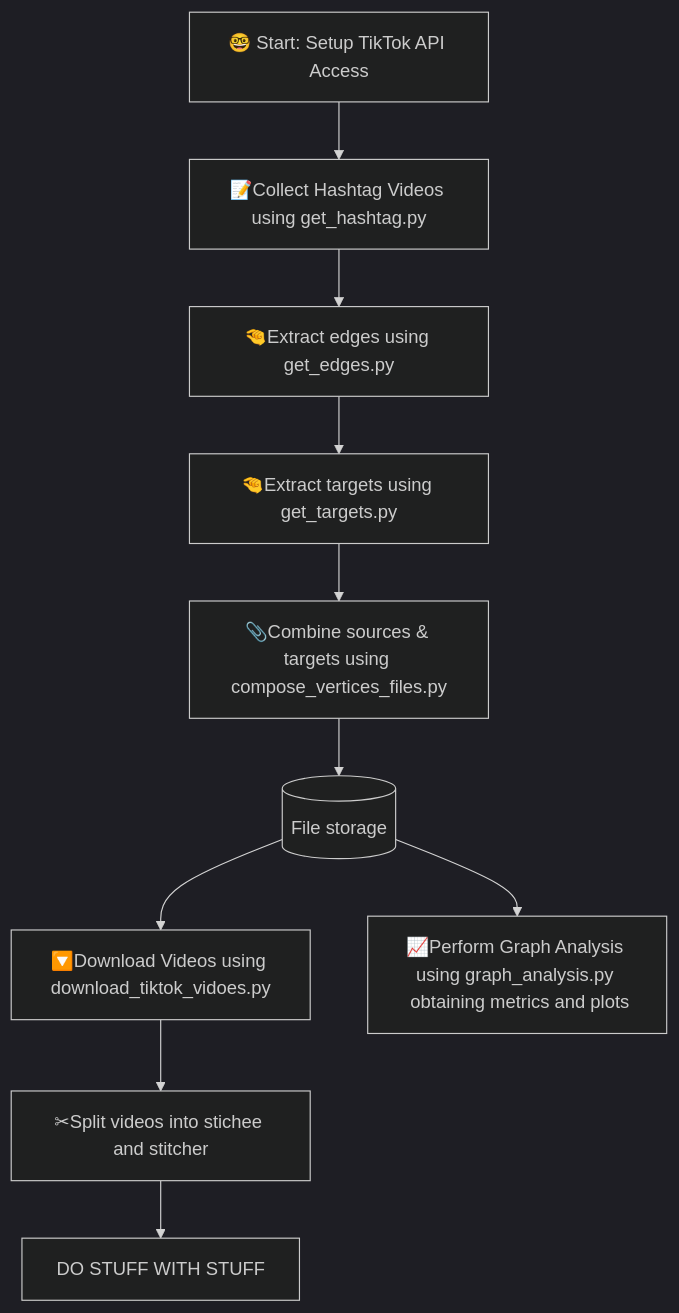
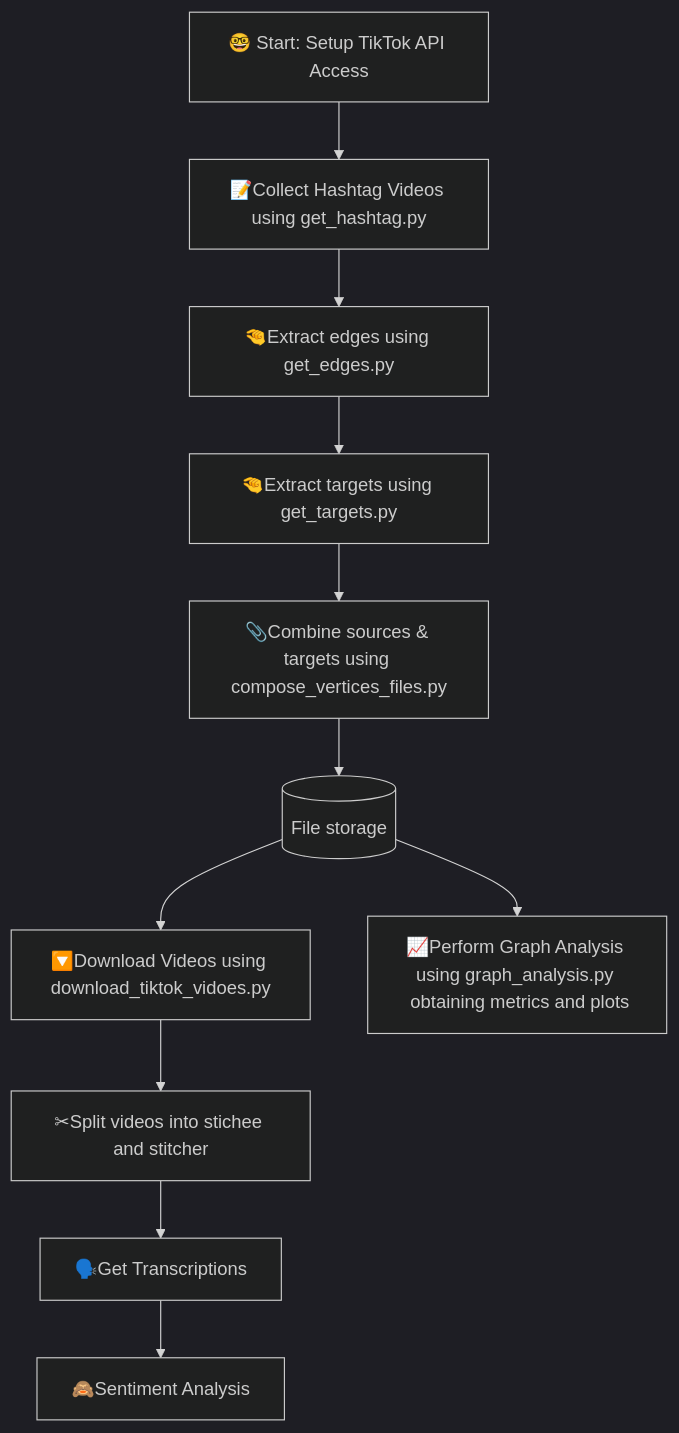
The diagram in README.md (Marcus-Friis/thesis), drawn with Mermaid before and after one commit. The commit also changed other lines of this file, not shown here.

Commit message:
readme updates

````diff
--- a/README.md
+++ b/README.md
@@ -11,54 +11,59 @@
 ```mermaid
 %%{init: {'theme': 'dark', 'themeVariables': { 'primaryColor': '#4f98ca', 'edgeLabelBackground':'#2b2b2b', 'nodeTextColor': '#ffffff', 'background': '#1e1e1e'}}}%%
 
 graph TD
     
     %% Define each step in the pipeline
 
     A[🤓 Start: Setup TikTok API Access ] 
     B[📝Collect Hashtag Videos using get_hashtag.py]
     C[🤏Extract edges using get_edges.py]
     D[🤏Extract targets using get_targets.py]
     E[📎Combine sources & targets using compose_vertices_files.py]
     F[(File storage)]
     G[🔽Download Videos using download_tiktok_vidoes.py]
     H[📈Perform Graph Analysis using graph_analysis.py <br> obtaining metrics and plots]
     I[✂Split videos into stichee and stitcher]
-    J[DO STUFF WITH STUFF]
+    J[🗣️Get Transcriptions]
+    K[🙈Sentiment Analysis]
+
+    %% I dont know the alphabet
+    %% KLMNOPQRTSUVXYZ
 
     %% Connect the steps together
 
     A --> B
     B --> C
     C --> D
     D --> E
     E --> F
     F --> G
     F --> H
     G --> I
     I --> J
-   
+    J --> K
    %% Add hrefs to the steps
 
 
-    click A href "#tiktok-api" "click A"
+    click A href "https://github.com/Marcus-Friis/thesis/tree/cleanup?tab=readme-ov-file#tiktok-api" "click A"
 
     click B href "https://github.com/Marcus-Friis/thesis/tree/cleanup?tab=readme-ov-file#get-hashtag-stitches" "click B"
 
-    click C href "#stitch-edge-scraper" "click C"
+    click C href "https://github.com/Marcus-Friis/thesis?tab=readme-ov-file#stitch-edge-scraper" "click C"
 
-   %% MISSING README PART click D href "" "click D"
+    click D href "https://github.com/Marcus-Friis/thesis?tab=readme-ov-file#extract-targets" "click D"
 
-   %% MISSING README PART click E "" "click E"
+    click E "https://github.com/Marcus-Friis/thesis?tab=readme-ov-file#script-1-stitcher-and-stitchee-data-processing" "click E"
+
     click F "https://github.com/Marcus-Friis/thesis/tree/main/data" "click F"
 
     click G "https://github.com/Marcus-Friis/thesis?tab=readme-ov-file#helper-script-for-quickly-downloading-videos" "click G"
 
     click H "https://github.com/Marcus-Friis/thesis?tab=readme-ov-file#graph-analysis" "click H"
 
     click I "https://github.com/Marcus-Friis/thesis?tab=readme-ov-file#split-videos-into-sticher-and-stichee" "click I"
 
     %%click J "" "click J"
 
 
 ```
````
